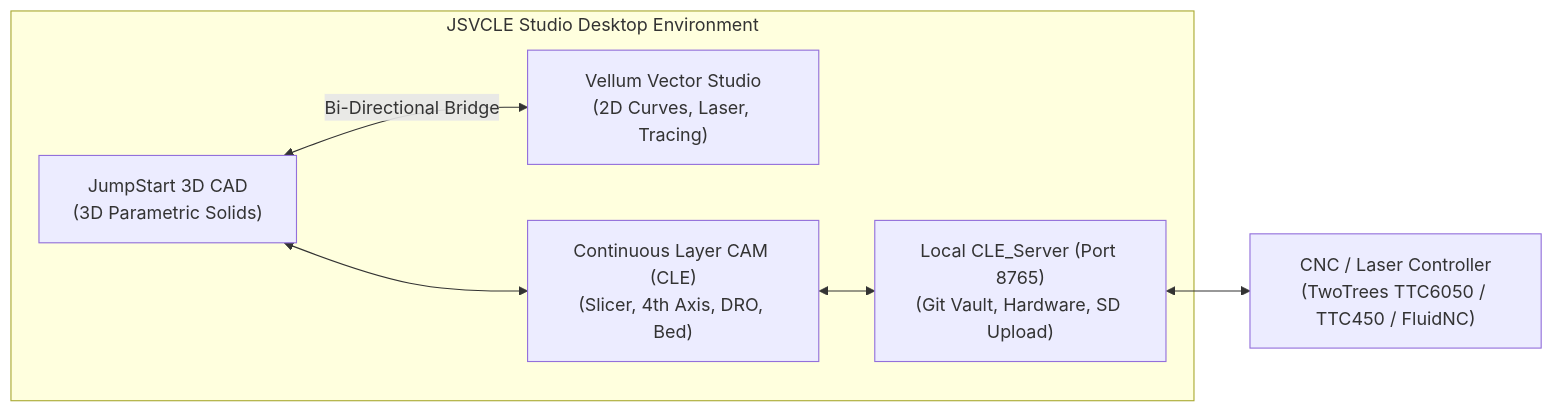
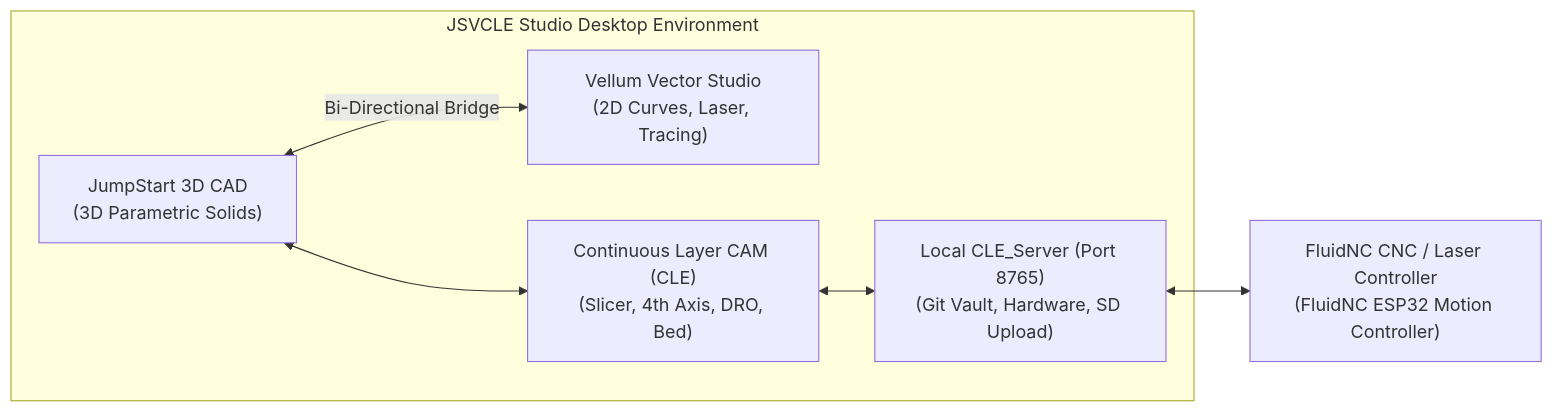
The first of 4 diagrams in docs/USER_GUIDE.md (jbirdlebough1/JSVCLE), drawn with Mermaid before and after one commit. The commit also changed other lines of this file and 6 other files, not shown here.

````diff
--- a/docs/USER_GUIDE.md
+++ b/docs/USER_GUIDE.md
@@ -20,9 +20,9 @@
 ```mermaid
 flowchart LR
     subgraph JSVCLE_Studio["JSVCLE Studio Desktop Environment"]
         JS["JumpStart 3D CAD\n(3D Parametric Solids)"] <-->|Bi-Directional Bridge| VV["Vellum Vector Studio\n(2D Curves, Laser, Tracing)"]
         JS <--> CLE["Continuous Layer CAM (CLE)\n(Slicer, 4th Axis, DRO, Bed)"]
         CLE <--> CS["Local CLE_Server (Port 8765)\n(Git Vault, Hardware, SD Upload)"]
     end
-    CS <--> Machine["CNC / Laser Controller\n(TwoTrees TTC6050 / TTC450 / FluidNC)"]
+    CS <--> Machine["FluidNC CNC / Laser Controller\n(FluidNC ESP32 Motion Controller)"]
 ```
````
